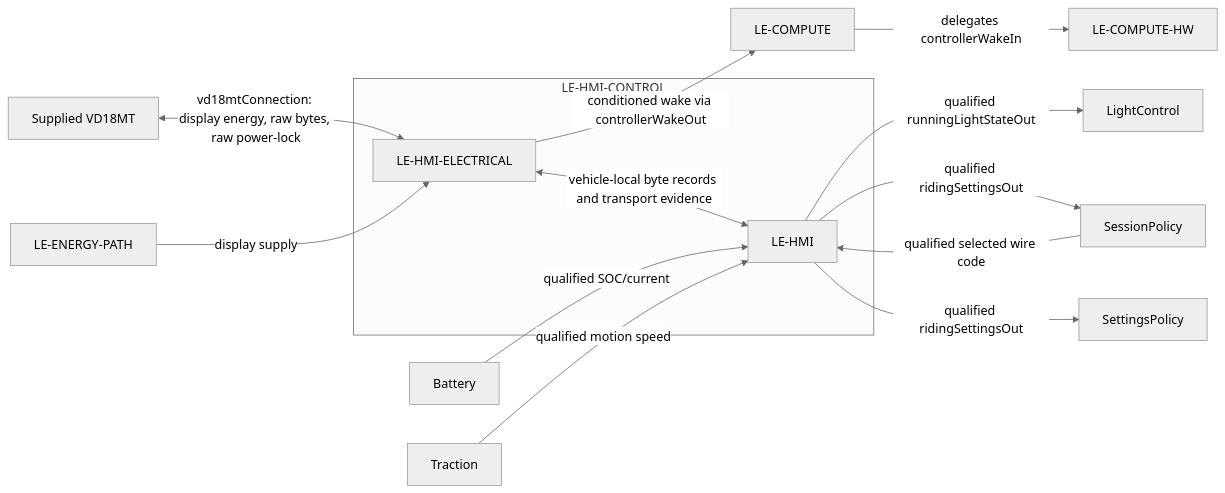
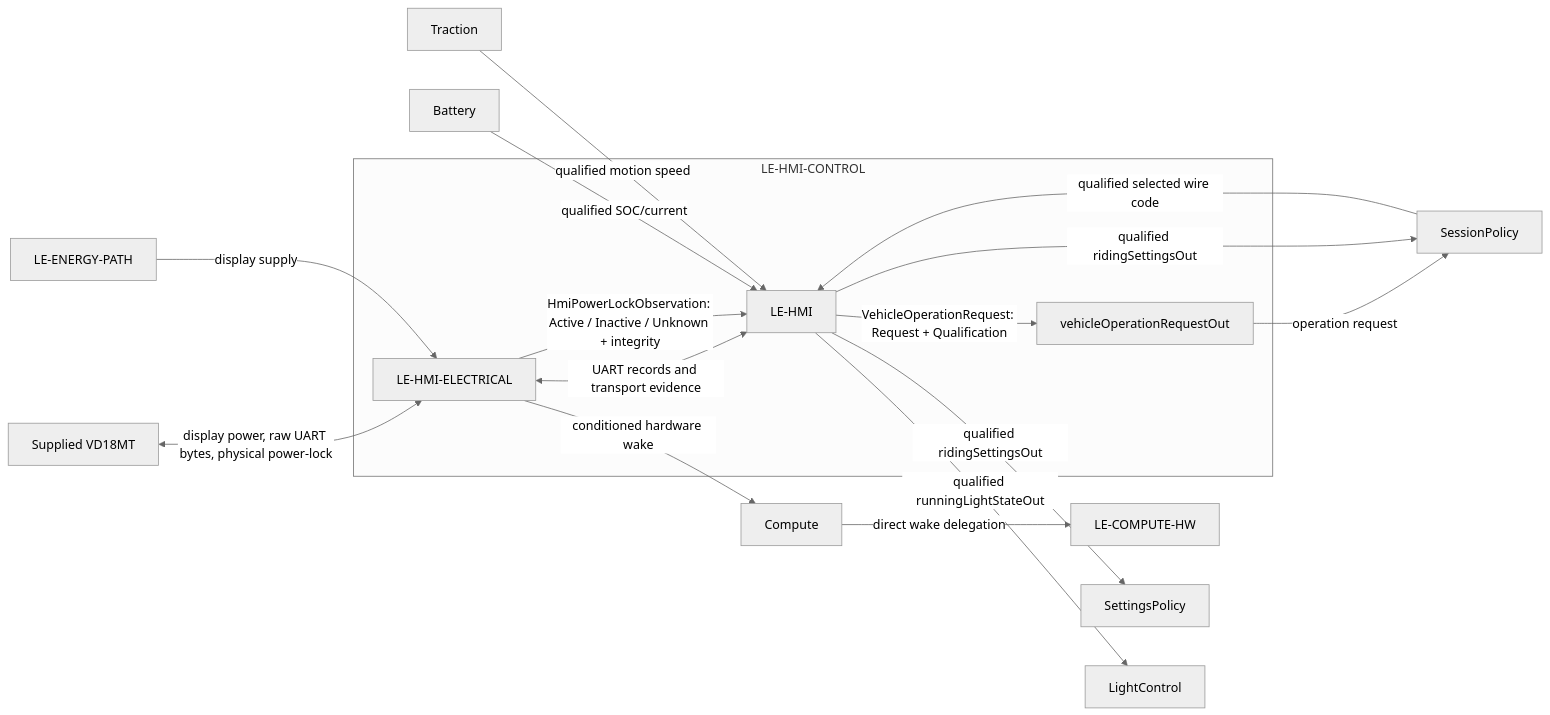
Before and after one commit to dhellhake/X2CityMCU: the diagram in .devenv/Architecture/SystemArchitecture/Modelling/HMIControl/README.md, drawn with Mermaid (neutral theme). The commit also changed other lines of this file and 33 other files, not shown here.

````diff
--- a/.devenv/Architecture/SystemArchitecture/Modelling/HMIControl/README.md
+++ b/.devenv/Architecture/SystemArchitecture/Modelling/HMIControl/README.md
@@ -11,18 +11,21 @@
 ```mermaid
 flowchart LR
-    VD[Supplied VD18MT] <-->|vd18mtConnection: display energy, raw bytes, raw power-lock| HW
+    VD[Supplied VD18MT] <-->|display power, raw UART bytes, physical power-lock| HW
     subgraph HmiControl[LE-HMI-CONTROL]
         HW[LE-HMI-ELECTRICAL]
         SW[LE-HMI]
-        HW <-->|vehicle-local byte records and transport evidence| SW
+        HW <-->|UART records and transport evidence| SW
+        HW -->|HmiPowerLockObservation: Active / Inactive / Unknown + integrity| SW
+        SW -->|VehicleOperationRequest: Request + Qualification| Out[vehicleOperationRequestOut]
     end
+    Out -->|operation request| Session[SessionPolicy]
+    HW -->|conditioned hardware wake| Compute
+    Compute -->|direct wake delegation| ComputeHW[LE-COMPUTE-HW]
+    SW -->|qualified ridingSettingsOut| Session
     SW -->|qualified ridingSettingsOut| Set[SettingsPolicy]
-    SW -->|qualified ridingSettingsOut| Session[SessionPolicy]
     SW -->|qualified runningLightStateOut| Light[LightControl]
     Session -->|qualified selected wire code| SW
     Battery -->|qualified SOC/current| SW
     Traction -->|qualified motion speed| SW
     Energy[LE-ENERGY-PATH] -->|display supply| HW
-    HW -->|conditioned wake via controllerWakeOut| Compute[LE-COMPUTE]
-    Compute -->|delegates controllerWakeIn| ComputeHardware[LE-COMPUTE-HW]
 ```
````
